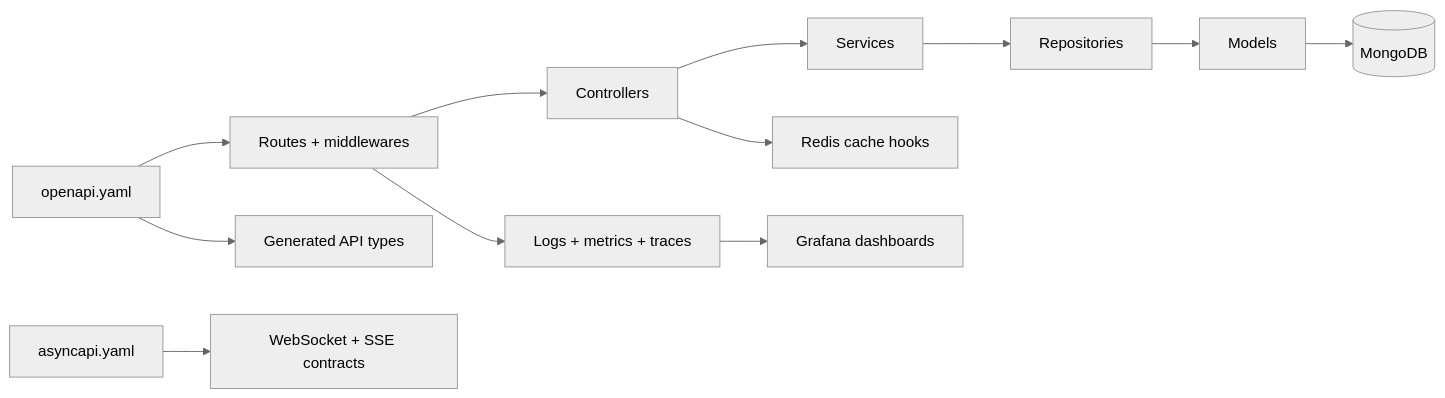
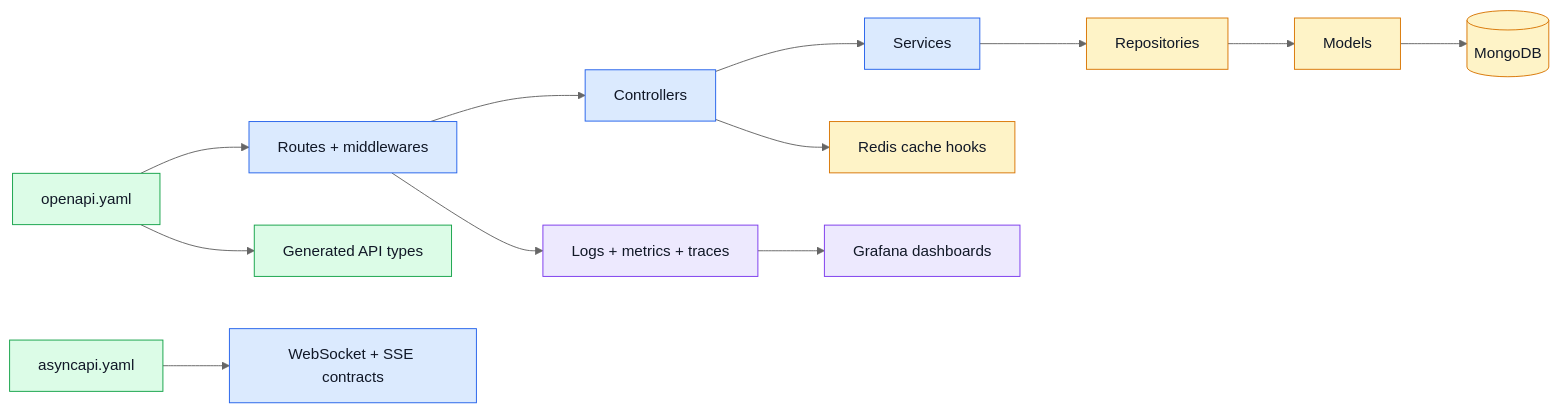
One commit to Guebbit/boilerplate-node-backend changed the second of 2 diagrams in docs/index.md. Above: the diagram before and after it, drawn with Mermaid (neutral theme). The commit also changed other lines of this file and 16 other files, not shown here.

````diff
--- a/docs/index.md
+++ b/docs/index.md
@@ -77,15 +85,25 @@
 ```mermaid
+%%{init: {'flowchart': {'nodeSpacing': 55, 'rankSpacing': 70}}}%%
 flowchart LR
     OpenSpec[openapi.yaml] --> Routes[Routes + middlewares]
     AsyncSpec[asyncapi.yaml] --> Realtime[WebSocket + SSE contracts]
     Routes --> Controllers[Controllers]
     Controllers --> Services[Services]
     Services --> Repositories[Repositories]
     Repositories --> Models[Models]
     Models --> Mongo[(MongoDB)]
 
     Routes --> Obs[Logs + metrics + traces]
     Controllers --> Cache[Redis cache hooks]
     Obs --> Grafana[Grafana dashboards]
     OpenSpec --> Types[Generated API types]
+
+    classDef contract fill:#dcfce7,stroke:#16a34a,color:#111827;
+    classDef app fill:#dbeafe,stroke:#2563eb,color:#111827;
+    classDef data fill:#fef3c7,stroke:#d97706,color:#111827;
+    classDef ops fill:#ede9fe,stroke:#7c3aed,color:#111827;
+    class OpenSpec,AsyncSpec,Types contract;
+    class Routes,Realtime,Controllers,Services app;
+    class Repositories,Models,Mongo,Cache data;
+    class Obs,Grafana ops;
 ```
````
